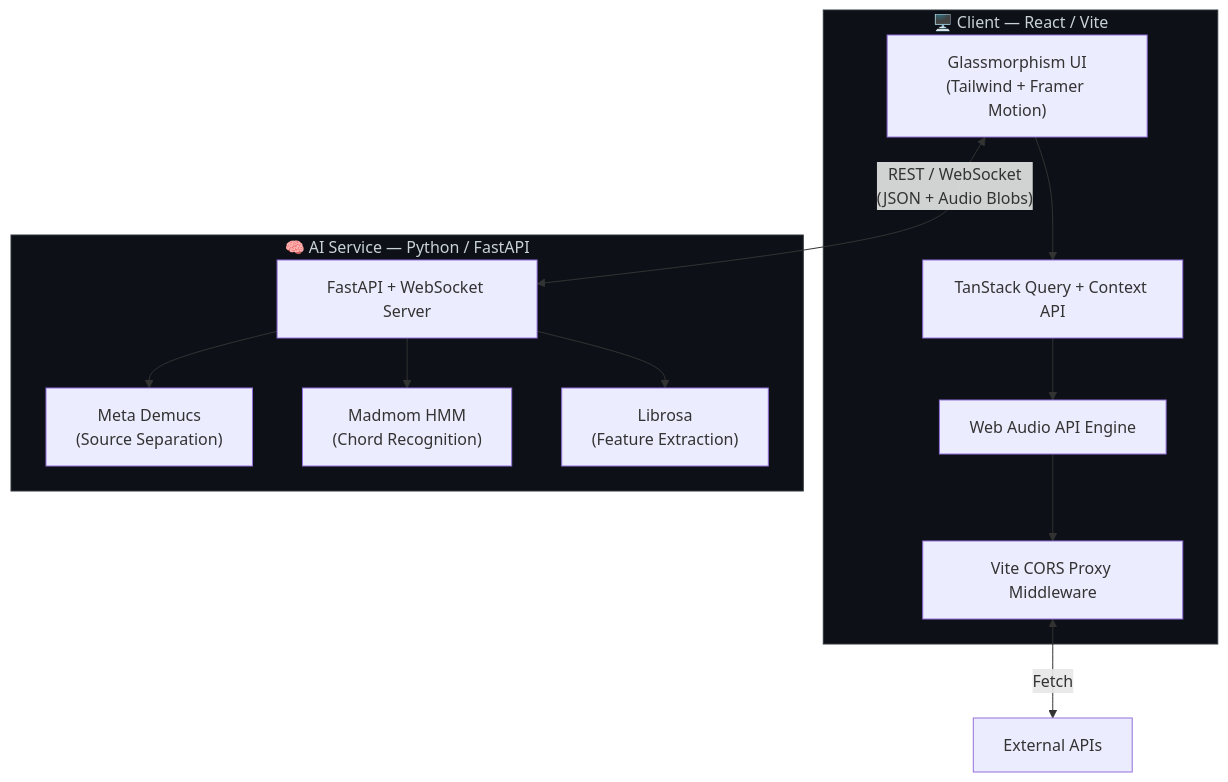
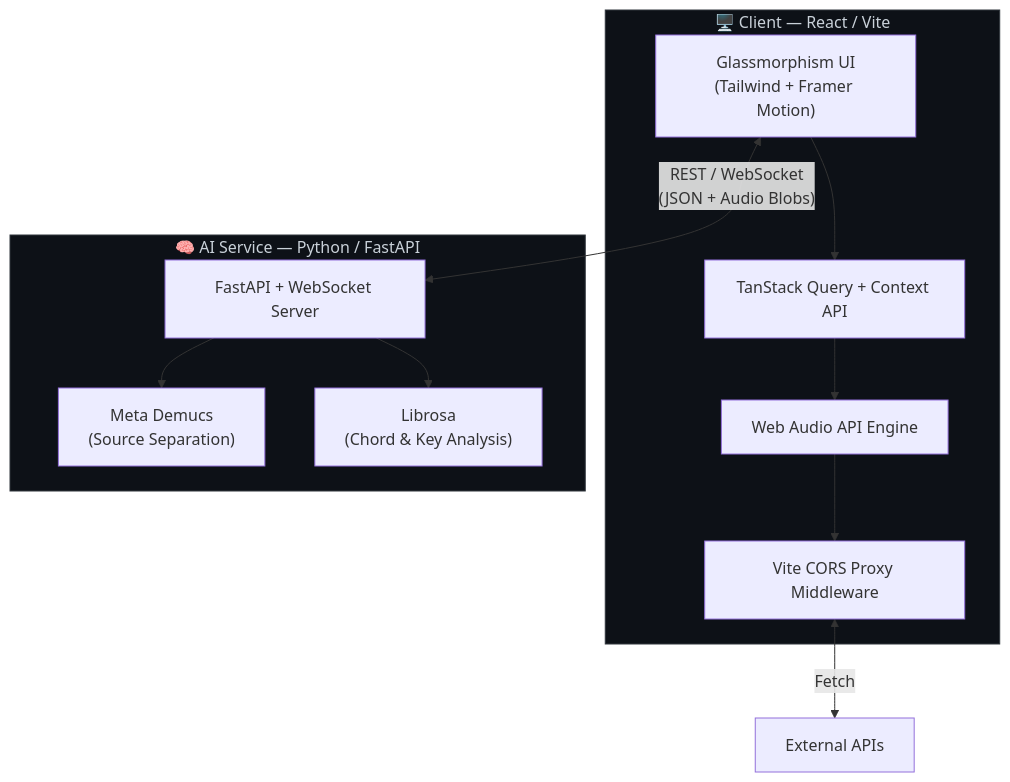
One commit to Guitariz/Guitariz changed the diagram in README.md. Above: the diagram before and after it, drawn with Mermaid. The commit also changed other lines of this file and 27 other files, not shown here.

Commit message:
feat: replace madmom with commercially safe custom fast engine and librosa fallback

````diff
--- a/README.md
+++ b/README.md
@@ -88,29 +88,27 @@
 ```mermaid
 graph TD
     subgraph Client ["🖥️ Client — React / Vite"]
         UI["Glassmorphism UI<br/>(Tailwind + Framer Motion)"]
         State["TanStack Query + Context API"]
         AudioEngine["Web Audio API Engine"]
         Proxy["Vite CORS Proxy Middleware"]
 
         UI --> State --> AudioEngine
         AudioEngine --> Proxy
     end
 
     subgraph Server ["🧠 AI Service — Python / FastAPI"]
         API["FastAPI + WebSocket Server"]
         Demucs["Meta Demucs<br/>(Source Separation)"]
-        Madmom["Madmom HMM<br/>(Chord Recognition)"]
-        Librosa["Librosa<br/>(Feature Extraction)"]
+        Librosa["Librosa<br/>(Chord & Key Analysis)"]
 
         API --> Demucs
-        API --> Madmom
         API --> Librosa
     end
 
     UI <-->|"REST / WebSocket<br/>(JSON + Audio Blobs)"| API
     Proxy <-->|"Fetch"| External["External APIs"]
 
     style Client fill:#0d1117,stroke:#30363d,color:#c9d1d9
     style Server fill:#0d1117,stroke:#30363d,color:#c9d1d9
 ```
````
